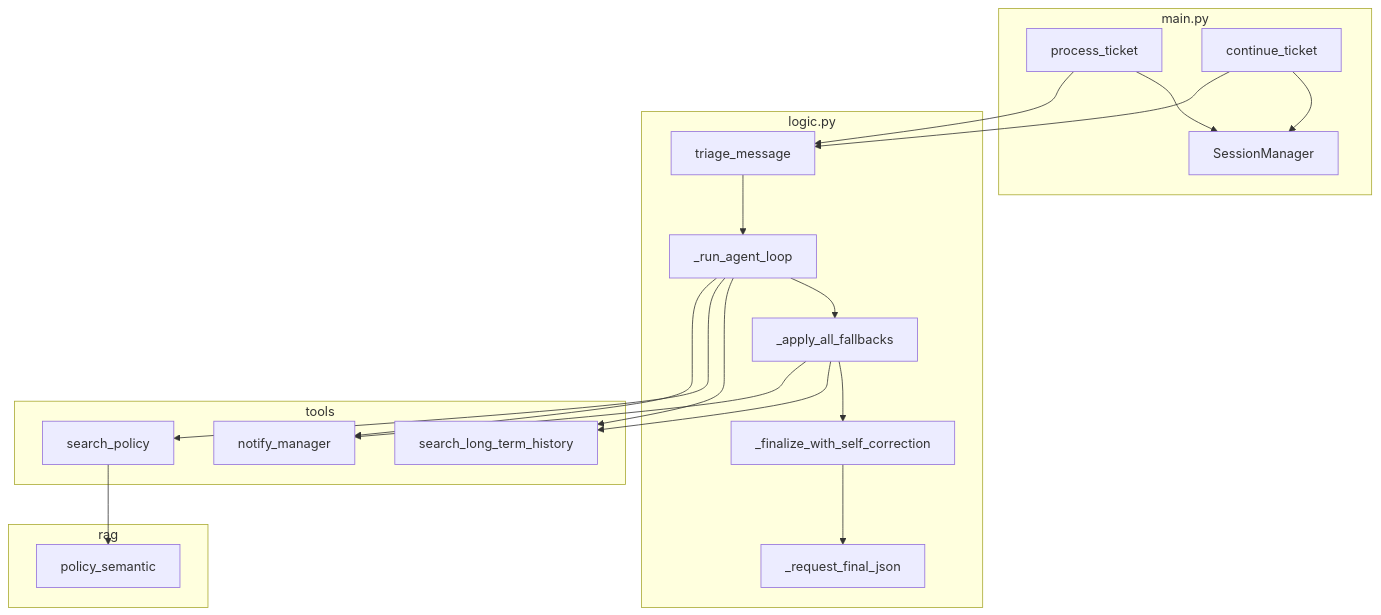
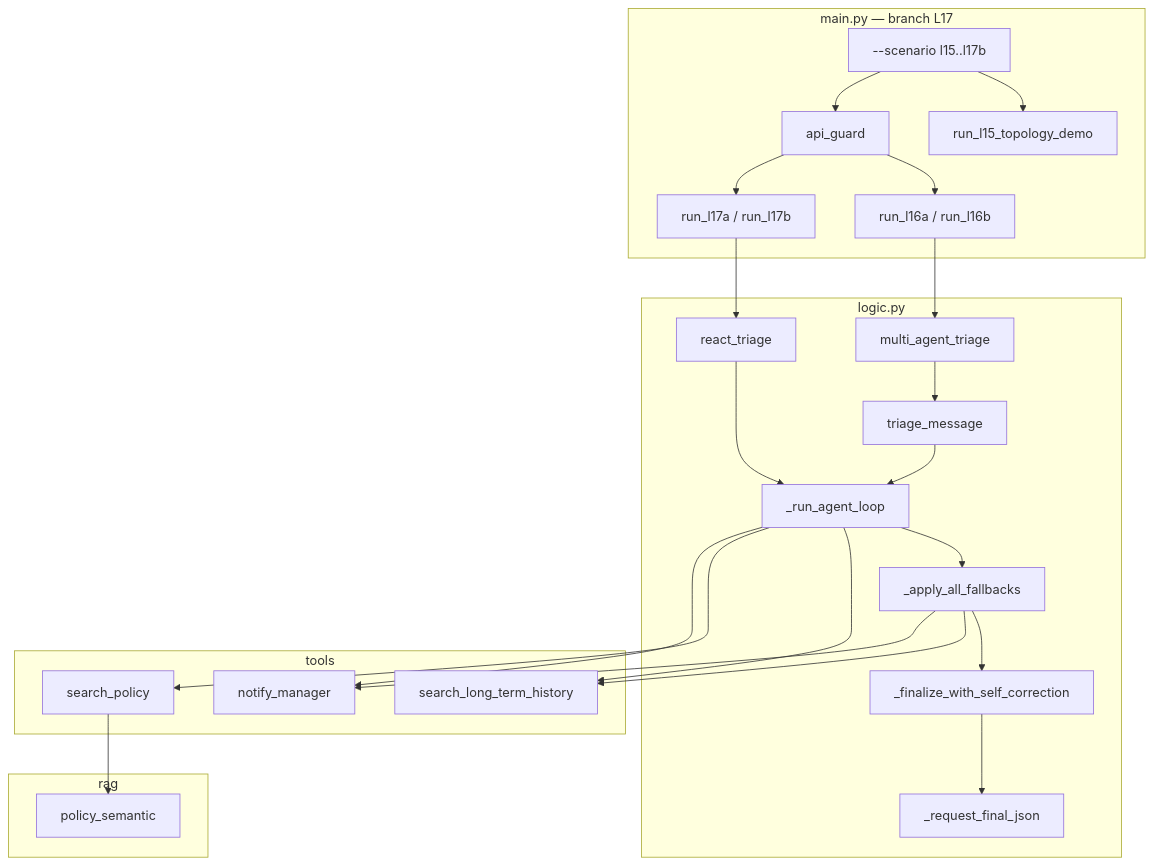
One commit to Impesud/agentic-triage-system changed the first of 4 diagrams in README.md. Above: the diagram before and after it, drawn with Mermaid. The commit also changed other lines of this file and 34 other files, not shown here.

````diff
--- a/README.md
+++ b/README.md
@@ -58,35 +61,43 @@
 ```mermaid
 flowchart TB
-    subgraph main_py [main.py]
-        PT[process_ticket]
-        CT[continue_ticket]
-        SM[SessionManager]
-        PT --> SM
-        CT --> SM
+    subgraph main_py [main.py — branch L17]
+        CLI["--scenario l15..l17b"]
+        L15[run_l15_topology_demo]
+        L16[run_l16a / run_l16b]
+        L17[run_l17a / run_l17b]
+        AG[api_guard]
+        CLI --> L15
+        CLI --> AG
+        AG --> L16
+        AG --> L17
     end
     subgraph logic_py [logic.py]
         TM[triage_message]
+        RT[react_triage]
+        MA[multi_agent_triage]
         Loop[_run_agent_loop]
         FB[_apply_all_fallbacks]
         TM --> Loop
+        RT --> Loop
         Loop --> FB
         FB --> SC[_finalize_with_self_correction]
         SC --> JSON[_request_final_json]
     end
     subgraph tools_pkg [tools]
         LTM[search_long_term_history]
         SP[search_policy]
         NM[notify_manager]
     end
     subgraph rag_pkg [rag]
         RAG[policy_semantic]
     end
     SP --> RAG
-    PT --> TM
-    CT --> TM
+    L16 --> MA
+    L17 --> RT
+    MA --> TM
     Loop --> LTM
     Loop --> SP
     Loop --> NM
     FB --> LTM
     FB --> NM
 ```
````
